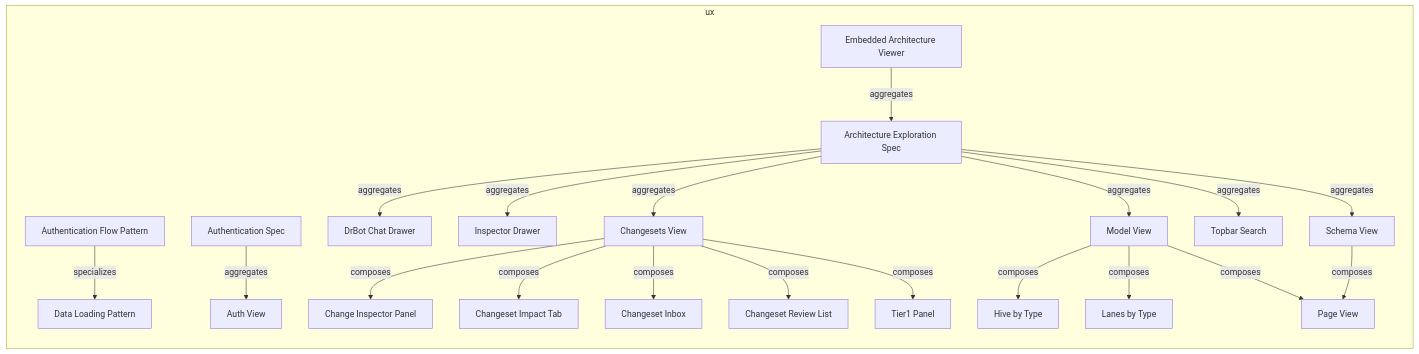
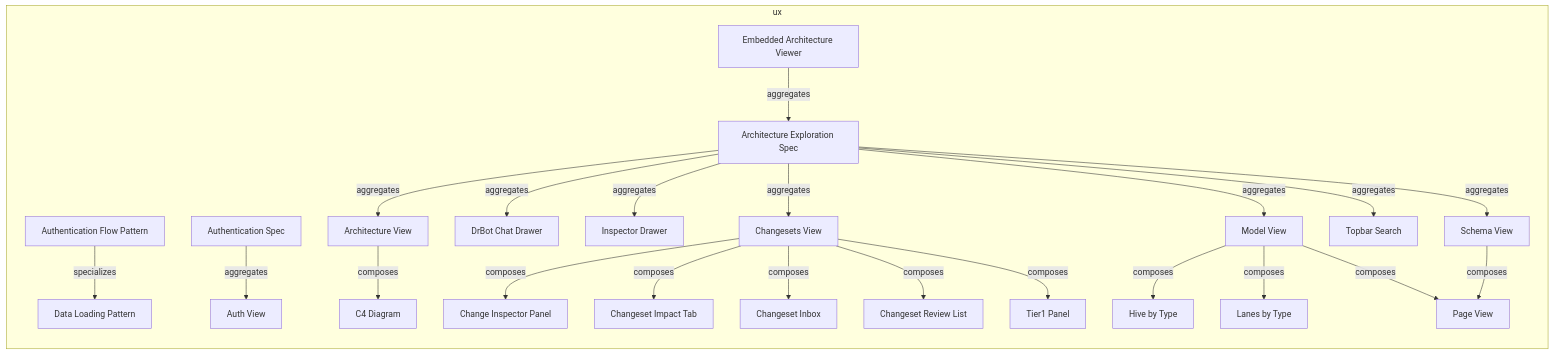
Before and after one commit to tinkermonkey/documentation_robotics_viewer: the first of 2 diagrams in documentation-robotics/reports/10-ux-layer-report.md, drawn with Mermaid. The commit also changed other lines of this file and 65 other files, not shown here.

First line of the commit message:
feat(architecture): C4 diagrams of the model in a new Architecture view

````diff
--- a/documentation-robotics/reports/10-ux-layer-report.md
+++ b/documentation-robotics/reports/10-ux-layer-report.md
@@ -32,43 +32,47 @@
 ```mermaid
 flowchart LR
   subgraph ux
     ux_statepattern_authentication_flow_pattern["Authentication Flow Pattern"]
     ux_statepattern_data_loading_pattern["Data Loading Pattern"]
+    ux_subview_c4_diagram["C4 Diagram"]
     ux_subview_change_inspector_panel["Change Inspector Panel"]
     ux_subview_changeset_impact_tab["Changeset Impact Tab"]
     ux_subview_changeset_inbox["Changeset Inbox"]
     ux_subview_changeset_review_list["Changeset Review List"]
     ux_subview_hive_by_type["Hive by Type"]
     ux_subview_lanes_by_type["Lanes by Type"]
     ux_subview_page_view["Page View"]
     ux_subview_tier1_panel["Tier1 Panel"]
     ux_uxapplication_embedded_architecture_viewer["Embedded Architecture Viewer"]
     ux_uxspec_architecture_exploration_spec["Architecture Exploration Spec"]
     ux_uxspec_authentication_spec["Authentication Spec"]
+    ux_view_architecture_view["Architecture View"]
     ux_view_auth_view["Auth View"]
     ux_view_changesets_view["Changesets View"]
     ux_view_dr_bot_chat_drawer["DrBot Chat Drawer"]
     ux_view_inspector_drawer["Inspector Drawer"]
     ux_view_model_view["Model View"]
     ux_view_schema_view["Schema View"]
     ux_view_topbar_search["Topbar Search"]
     ux_statepattern_authentication_flow_pattern -->|specializes| ux_statepattern_data_loading_pattern
     ux_uxapplication_embedded_architecture_viewer -->|aggregates| ux_uxspec_architecture_exploration_spec
+    ux_uxspec_architecture_exploration_spec -->|aggregates| ux_view_architecture_view
     ux_uxspec_architecture_exploration_spec -->|aggregates| ux_view_changesets_view
     ux_uxspec_architecture_exploration_spec -->|aggregates| ux_view_dr_bot_chat_drawer
     ux_uxspec_architecture_exploration_spec -->|aggregates| ux_view_inspector_drawer
     ux_uxspec_architecture_exploration_spec -->|aggregates| ux_view_model_view
     ux_uxspec_architecture_exploration_spec -->|aggregates| ux_view_schema_view
     ux_uxspec_architecture_exploration_spec -->|aggregates| ux_view_topbar_search
     ux_uxspec_authentication_spec -->|aggregates| ux_view_auth_view
+    ux_view_architecture_view -->|composes| ux_subview_c4_diagram
     ux_view_changesets_view -->|composes| ux_subview_change_inspector_panel
     ux_view_changesets_view -->|composes| ux_subview_changeset_impact_tab
     ux_view_changesets_view -->|composes| ux_subview_changeset_inbox
     ux_view_changesets_view -->|composes| ux_subview_changeset_review_list
     ux_view_changesets_view -->|composes| ux_subview_tier1_panel
     ux_view_model_view -->|composes| ux_subview_hive_by_type
     ux_view_model_view -->|composes| ux_subview_lanes_by_type
     ux_view_model_view -->|composes| ux_subview_page_view
     ux_view_schema_view -->|composes| ux_subview_page_view
   end
 ```
````
